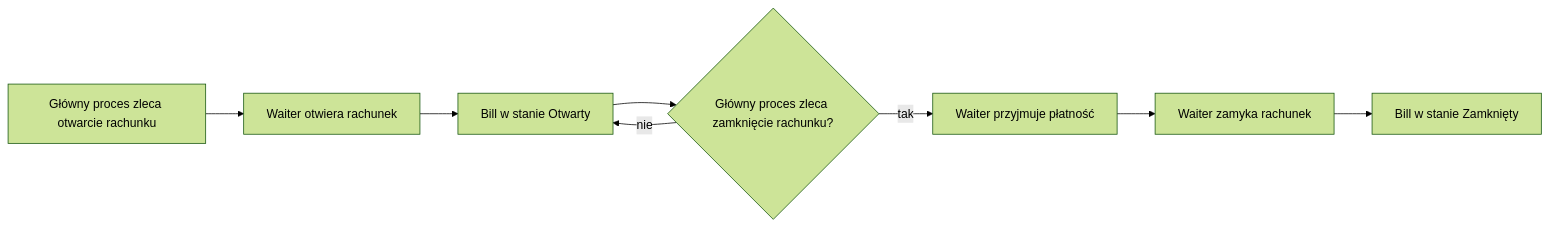
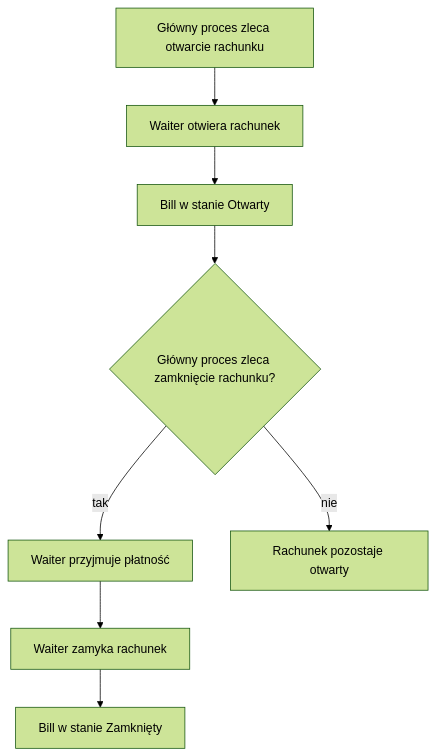
The diagram in doc/212_bill_management.md (mmalessa/pizzeria), drawn with Mermaid (forest theme) before and after one commit. The commit also changed 9 other files, not shown here.

Commit message:
Convert Mermaid diagrams to top-down flow for better readability

````diff
--- a/doc/212_bill_management.md
+++ b/doc/212_bill_management.md
@@ -32,14 +32,12 @@
 ```mermaid
-flowchart LR
+flowchart TD
 
 A[Główny proces zleca otwarcie rachunku]
 --> B[Waiter otwiera rachunek]
 --> C[Bill w stanie Otwarty]
 --> D{Główny proces zleca zamknięcie rachunku?}
-
 D -->|tak| E[Waiter przyjmuje płatność]
---> F[Waiter zamyka rachunek]
---> G[Bill w stanie Zamknięty]
-
-D -->|nie| C
+E --> F[Waiter zamyka rachunek]
+F --> G[Bill w stanie Zamknięty]
+D -->|nie| H[Rachunek pozostaje otwarty]
 ```
````
